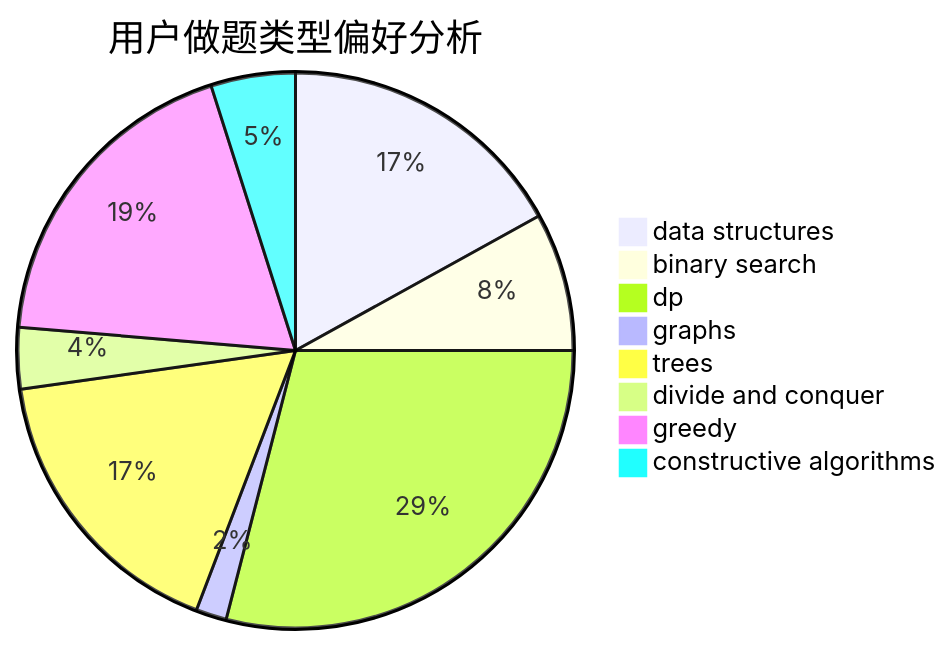
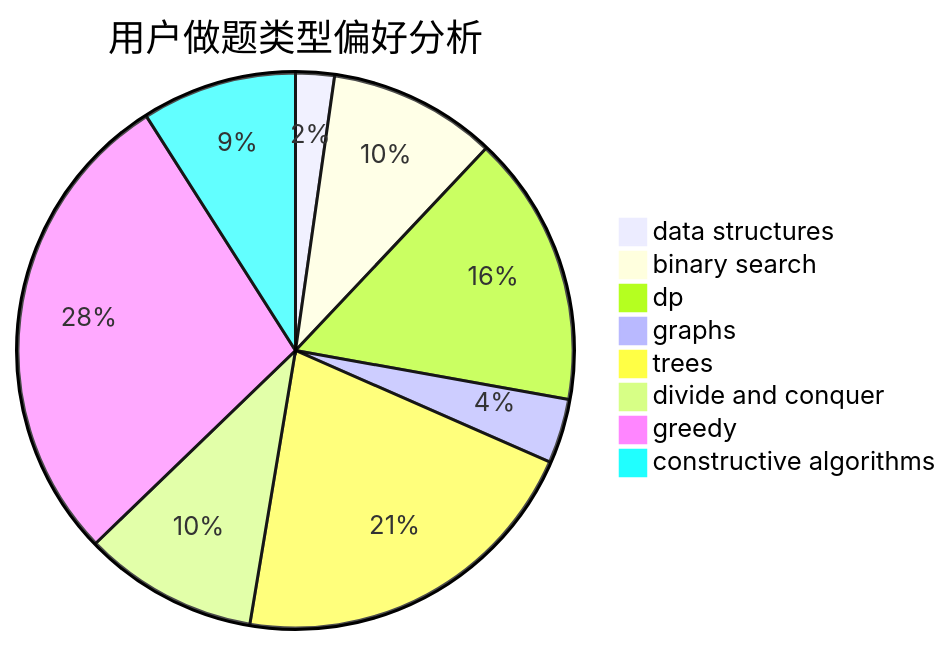
One commit to sherpahu/cfrs.github.io changed the second of 3 diagrams in docs/user/u1862.md. Above: the diagram before and after it, drawn with Mermaid. The commit also changed other lines of this file and 2770 other files, not shown here.

````diff
--- a/docs/user/u1862.md
+++ b/docs/user/u1862.md
@@ -23,11 +23,11 @@
 ```mermaid
 pie title 用户做题类型偏好分析
-    "data structures" :  38
-    "binary search" :  18
-    "dp" :  65
-    "graphs" :  4
-    "trees" :  38
-    "divide and conquer" :  8
-    "greedy" :  42
-    "constructive algorithms" :  11
+    "data structures" :  6
+    "binary search" :  26
+    "dp" :  42
+    "graphs" :  10
+    "trees" :  56
+    "divide and conquer" :  27
+    "greedy" :  75
+    "constructive algorithms" :  24
 ```
````
